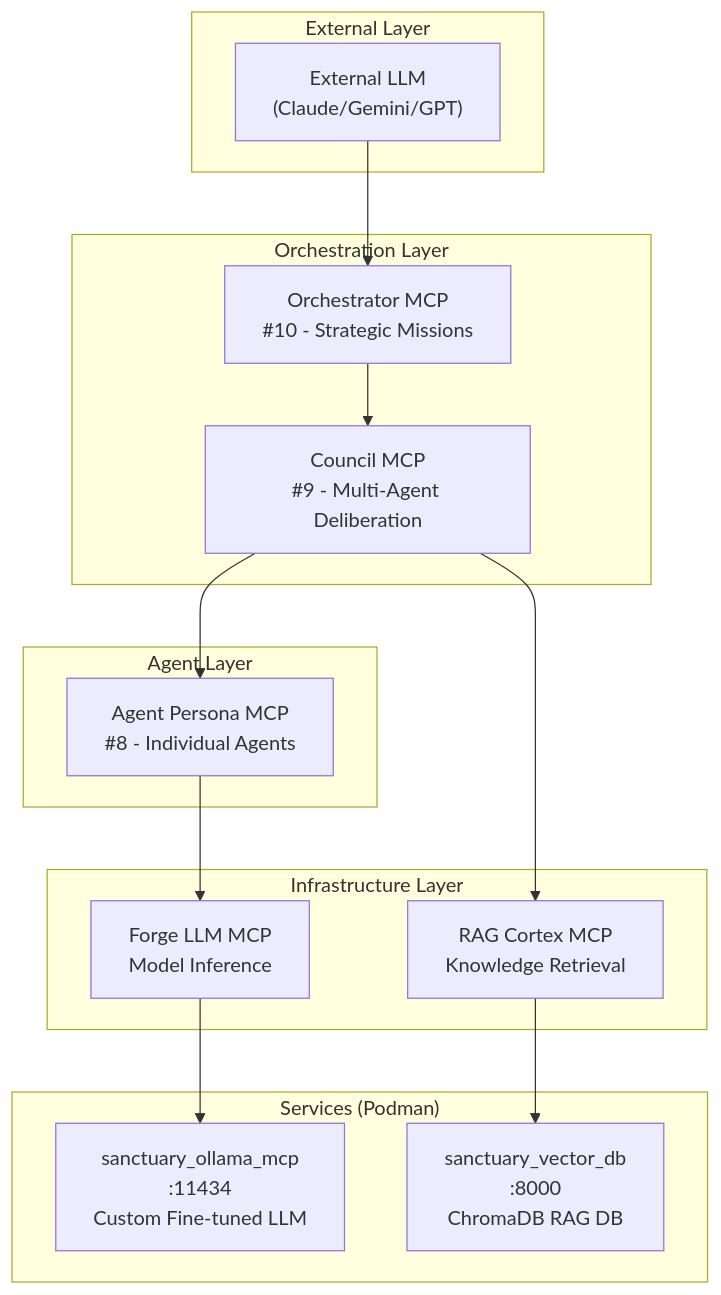
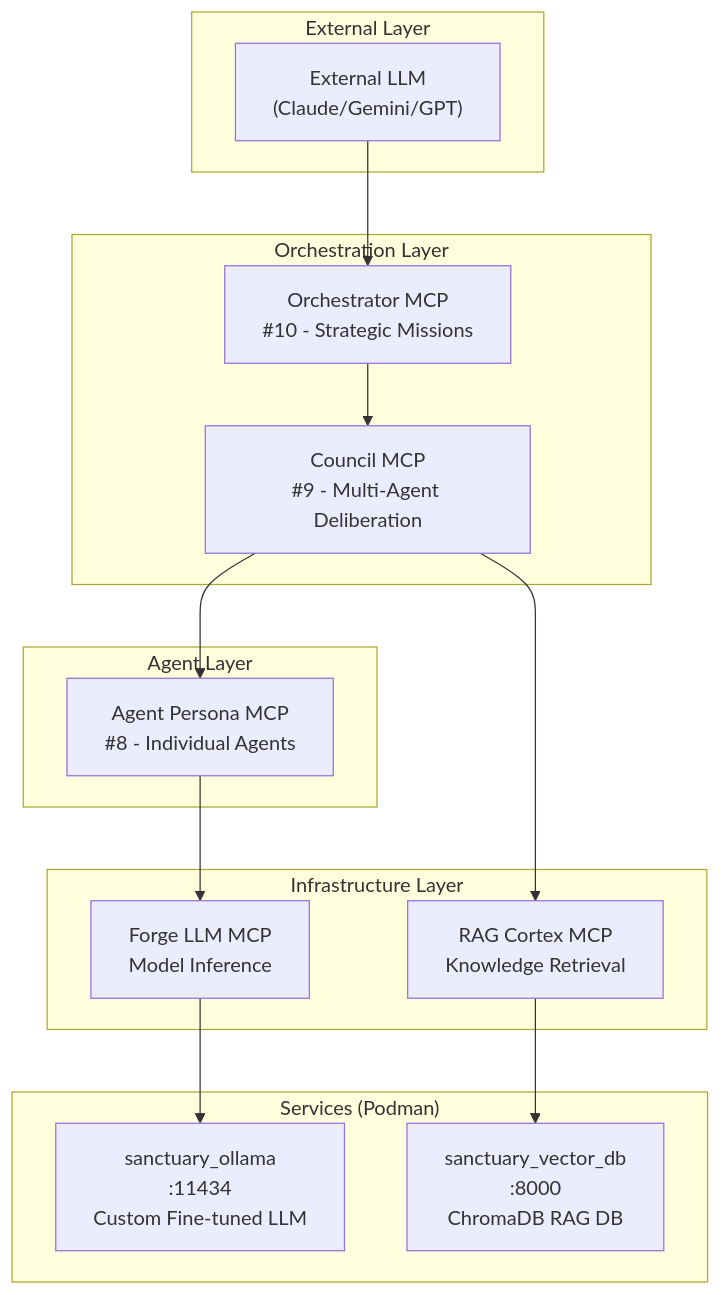
Before and after one commit to richfrem/Project_Sanctuary: the first of 2 diagrams in docs/mcp_servers/research/test_forge_mcp_and_RAG_mcp.md, drawn with Mermaid. The commit also changed 355 other files, not shown here.

````diff
--- a/docs/mcp_servers/research/test_forge_mcp_and_RAG_mcp.md
+++ b/docs/mcp_servers/research/test_forge_mcp_and_RAG_mcp.md
@@ -11,33 +11,33 @@
 ```mermaid
 graph TB
     subgraph "External Layer"
         LLM["External LLM<br/>(Claude/Gemini/GPT)"]
     end
     
     subgraph "Orchestration Layer"
         ORCH["Orchestrator MCP<br/>#10 - Strategic Missions"]
         COUNCIL["Council MCP<br/>#9 - Multi-Agent Deliberation"]
     end
     
     subgraph "Agent Layer"
         PERSONA["Agent Persona MCP<br/>#8 - Individual Agents"]
     end
     
     subgraph "Infrastructure Layer"
         FORGE["Forge LLM MCP<br/>Model Inference"]
         CORTEX["RAG Cortex MCP<br/>Knowledge Retrieval"]
     end
     
     subgraph "Services (Podman)"
-        OLLAMA["sanctuary_ollama_mcp<br/>:11434<br/>Custom Fine-tuned LLM"]
+        OLLAMA["sanctuary_ollama<br/>:11434<br/>Custom Fine-tuned LLM"]
         CHROMA["sanctuary_vector_db<br/>:8000<br/>ChromaDB RAG DB"]
     end
     
     LLM --> ORCH
     ORCH --> COUNCIL
     COUNCIL --> PERSONA
     COUNCIL --> CORTEX
     PERSONA --> FORGE
     FORGE --> OLLAMA
     CORTEX --> CHROMA
 ```
````
